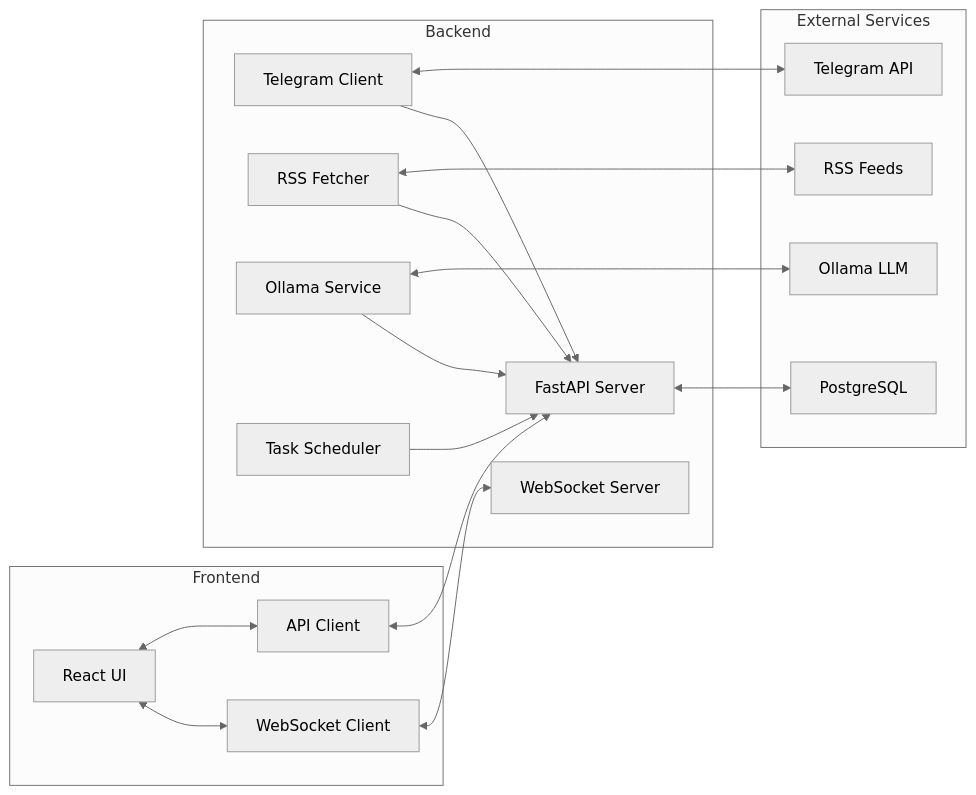
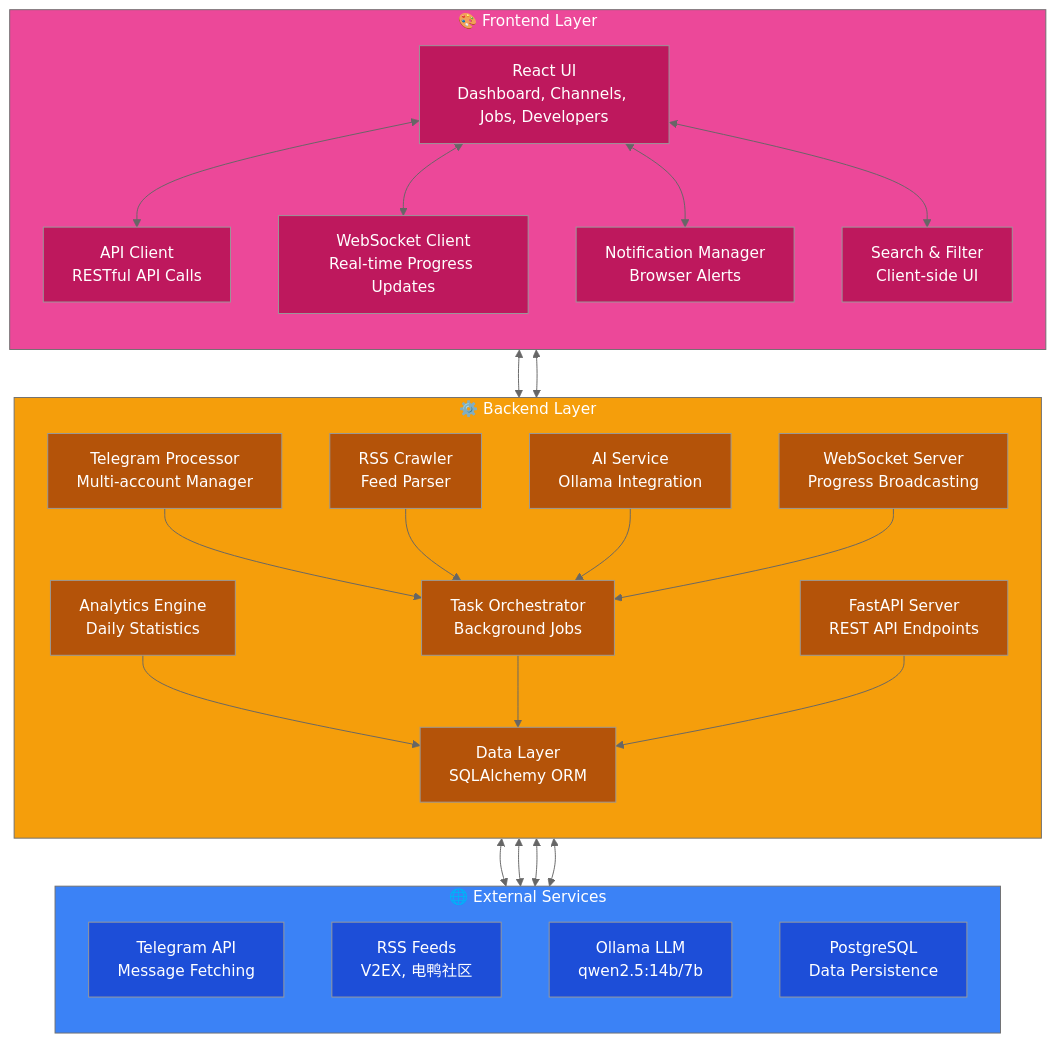
One commit to dariank38/agentic-job-scraper changed the third of 3 diagrams in README.md. Above: the diagram before and after it, drawn with Mermaid (neutral theme). The commit also changed other lines of this file and 1 other file, not shown here.

First line of the commit message:
docs: restructure README with improved formatting, visual elements, and comprehensive architecture documentation

````diff
--- a/README.md
+++ b/README.md
@@ -100,37 +145,70 @@
 ```mermaid
-graph LR
-    subgraph Frontend
-        A[React UI]
-        B[WebSocket Client]
-        C[API Client]
+graph TB
+    subgraph Frontend["🎨 Frontend Layer"]
+        direction TB
+        A[React UI<br/>Dashboard, Channels, Jobs, Developers]
+        B[WebSocket Client<br/>Real-time Progress Updates]
+        C[API Client<br/>RESTful API Calls]
+        D[Notification Manager<br/>Browser Alerts]
+        E[Search & Filter<br/>Client-side UI]
     end
 
-    subgraph Backend
-        D[FastAPI Server]
-        E[WebSocket Server]
-        F[Telegram Client]
-        G[RSS Fetcher]
-        H[Ollama Service]
-        I[Task Scheduler]
+    subgraph Backend["⚙️ Backend Layer"]
+        direction TB
+        F[FastAPI Server<br/>REST API Endpoints]
+        G[WebSocket Server<br/>Progress Broadcasting]
+        H[Task Orchestrator<br/>Background Jobs]
+        I[Data Layer<br/>SQLAlchemy ORM]
+        J[Telegram Processor<br/>Multi-account Manager]
+        K[RSS Crawler<br/>Feed Parser]
+        L[AI Service<br/>Ollama Integration]
+        M[Analytics Engine<br/>Daily Statistics]
     end
 
-    subgraph External Services
-        J[Telegram API]
-        K[RSS Feeds]
-        L[Ollama LLM]
-        M[PostgreSQL]
+    subgraph External["🌐 External Services"]
+        direction TB
+        N[Telegram API<br/>Message Fetching]
+        O[RSS Feeds<br/>V2EX, 电鸭社区]
+        P[Ollama LLM<br/>qwen2.5:14b/7b]
+        Q[PostgreSQL<br/>Data Persistence]
     end
 
     A <--> C
     A <--> B
-    C <--> D
-    B <--> E
-    F <--> J
-    G <--> K
-    H <--> L
-    D <--> M
-    F --> D
-    G --> D
-    H --> D
-    I --> D
+    A <--> D
+    A <--> E
+    C <--> F
+    B <--> G
+    J <--> N
+    K <--> O
+    L <--> P
+    I <--> Q
+    J --> H
+    K --> H
+    L --> H
+    M --> I
+    H --> I
+    F --> I
+    G --> H
+
+    style Frontend fill:#ec4899,color:#fff
+    style Backend fill:#f59e0b,color:#fff
+    style External fill:#3b82f6,color:#fff
+    style A fill:#be185d,color:#fff
+    style B fill:#be185d,color:#fff
+    style C fill:#be185d,color:#fff
+    style D fill:#be185d,color:#fff
+    style E fill:#be185d,color:#fff
+    style F fill:#b45309,color:#fff
+    style G fill:#b45309,color:#fff
+    style H fill:#b45309,color:#fff
+    style I fill:#b45309,color:#fff
+    style J fill:#b45309,color:#fff
+    style K fill:#b45309,color:#fff
+    style L fill:#b45309,color:#fff
+    style M fill:#b45309,color:#fff
+    style N fill:#1d4ed8,color:#fff
+    style O fill:#1d4ed8,color:#fff
+    style P fill:#1d4ed8,color:#fff
+    style Q fill:#1d4ed8,color:#fff
 ```
````
